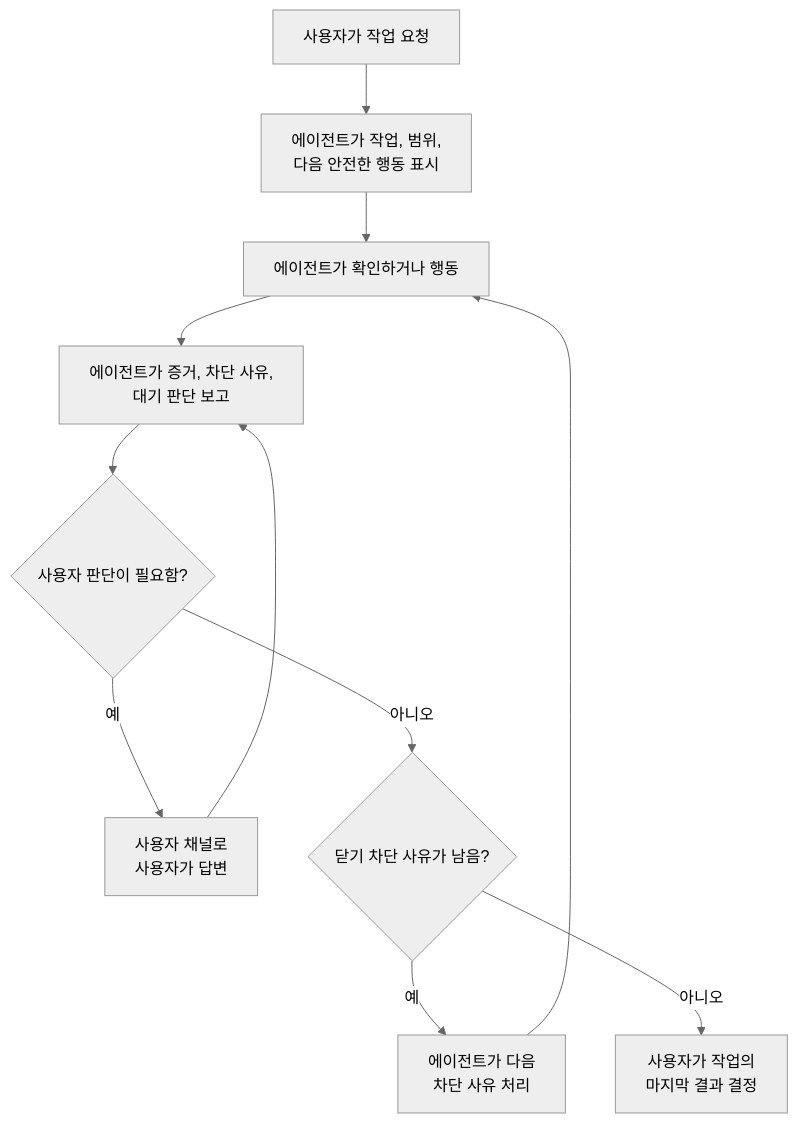
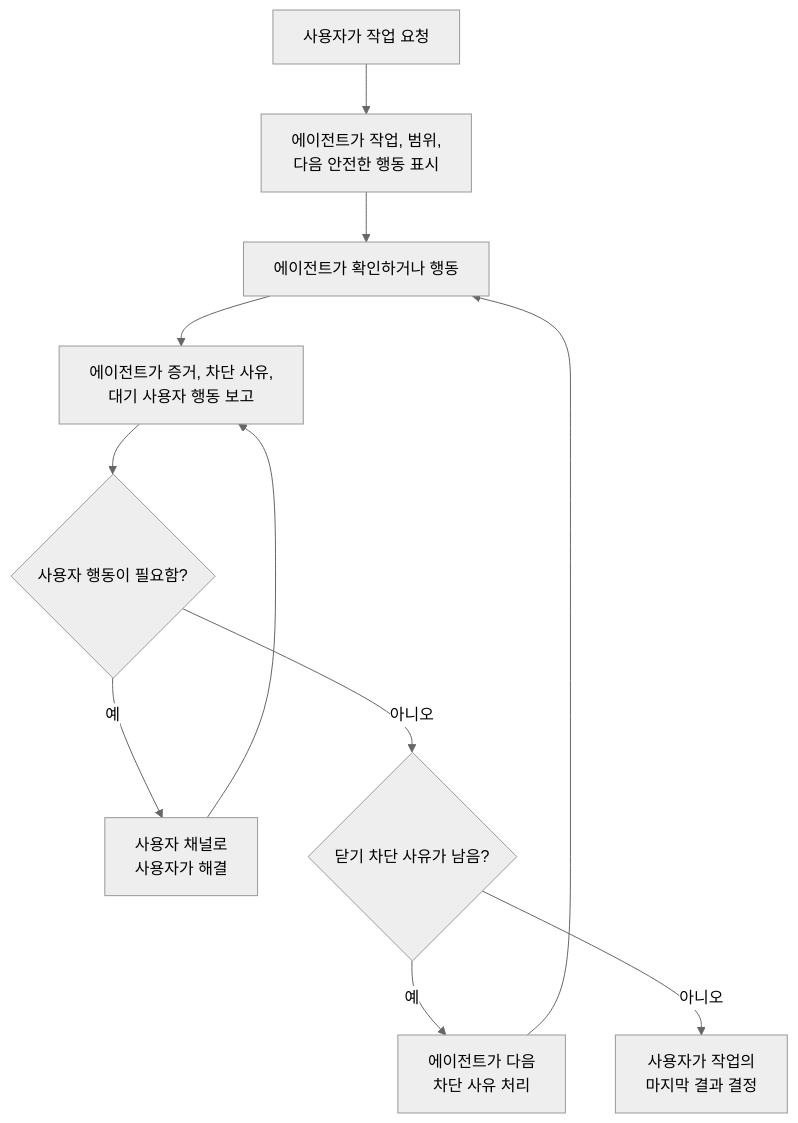
The second of 2 diagrams in README.ko.md (minjungw00/Volicord), drawn with Mermaid (neutral theme) before and after one commit. The commit also changed other lines of this file and 233 other files, not shown here.

````diff
--- a/README.ko.md
+++ b/README.ko.md
@@ -145,18 +145,18 @@
 ```mermaid
 flowchart TD
   request["사용자가 작업 요청"]
   boundary["에이전트가 작업, 범위,<br/>다음 안전한 행동 표시"]
   action["에이전트가 확인하거나 행동"]
-  status["에이전트가 증거, 차단 사유,<br/>대기 판단 보고"]
-  judgment{"사용자 판단이 필요함?"}
-  answer["사용자 채널로<br/>사용자가 답변"]
+  status["에이전트가 증거, 차단 사유,<br/>대기 사용자 행동 보고"]
+  judgment{"사용자 행동이 필요함?"}
+  answer["사용자 채널로<br/>사용자가 해결"]
   close{"닫기 차단 사유가 남음?"}
   continue["에이전트가 다음<br/>차단 사유 처리"]
   finish["사용자가 작업의<br/>마지막 결과 결정"]
 
   request --> boundary --> action --> status --> judgment
   judgment -- 예 --> answer --> status
   judgment -- 아니오 --> close
   close -- 예 --> continue --> action
   close -- 아니오 --> finish
 ```
````
